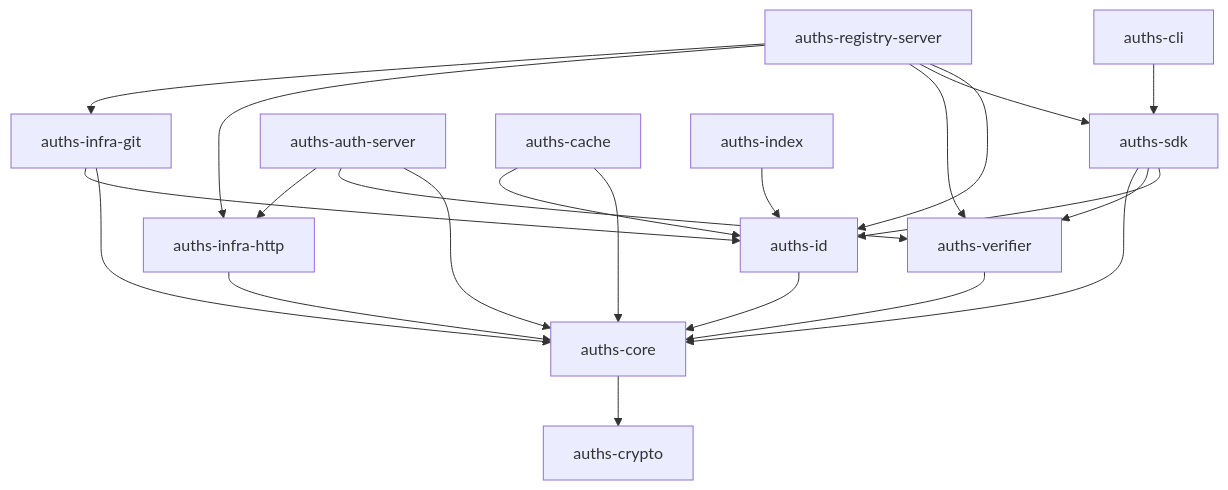
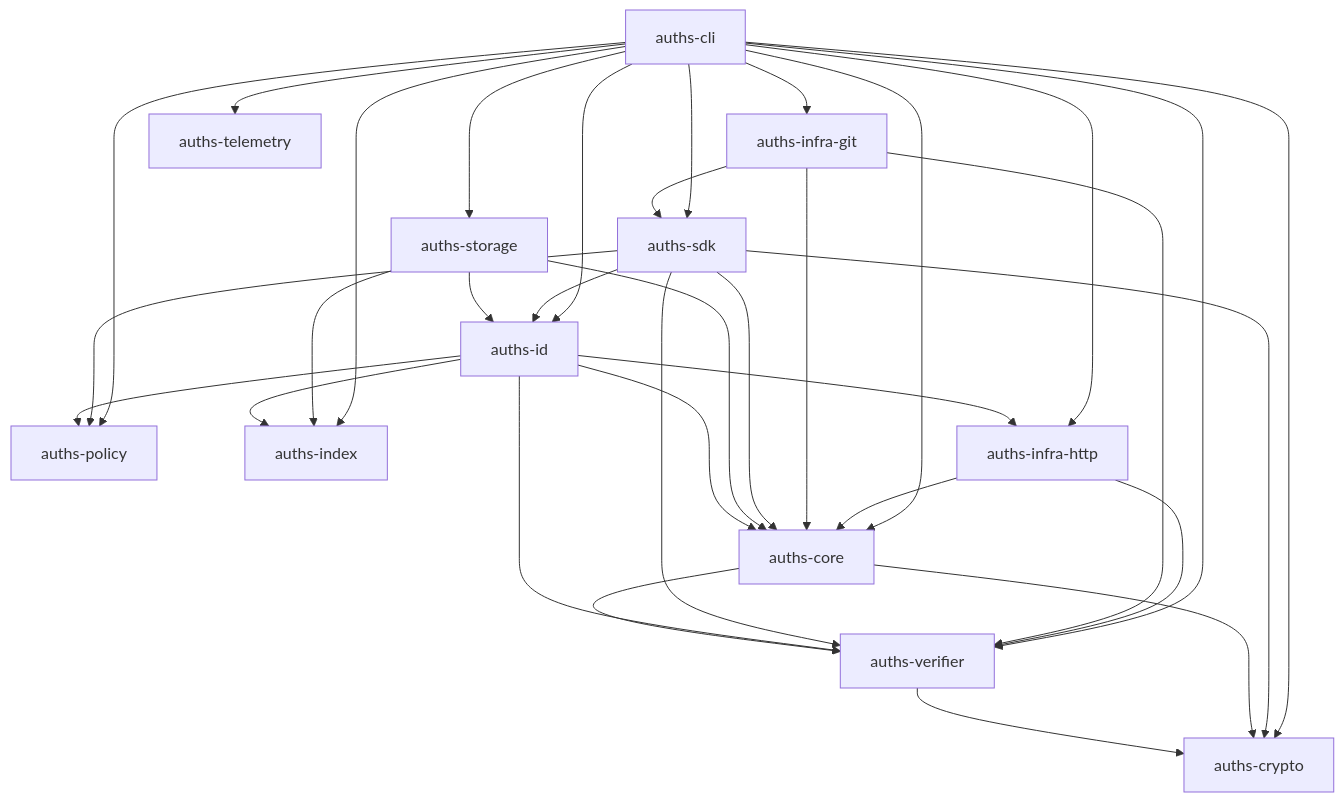
Before and after one commit to auths-dev/auths: the third of 3 diagrams in ARCHITECTURE.md, drawn with Mermaid. The commit also changed other lines of this file, not shown here.

First line of the commit message:
docs: update ARCHITECTURE.md diagrams to match layered crate structure

````diff
--- a/ARCHITECTURE.md
+++ b/ARCHITECTURE.md
@@ -218,24 +210,36 @@
 ```mermaid
 graph TD
+  auths-crypto
+  auths-verifier --> auths-crypto
   auths-core --> auths-crypto
+  auths-core --> auths-verifier
   auths-id --> auths-core
-  auths-verifier --> auths-core
+  auths-id --> auths-verifier
+  auths-id --> auths-policy
+  auths-id --> auths-index
+  auths-id --> auths-infra-http
+  auths-storage --> auths-id
+  auths-storage --> auths-core
+  auths-storage --> auths-index
   auths-sdk --> auths-id
+  auths-sdk --> auths-core
+  auths-sdk --> auths-crypto
   auths-sdk --> auths-verifier
-  auths-sdk --> auths-core
+  auths-sdk --> auths-policy
+  auths-infra-git --> auths-sdk
+  auths-infra-git --> auths-core
+  auths-infra-git --> auths-verifier
+  auths-infra-http --> auths-core
+  auths-infra-http --> auths-verifier
   auths-cli --> auths-sdk
-  auths-registry-server --> auths-id
-  auths-registry-server --> auths-sdk
-  auths-registry-server --> auths-verifier
-  auths-registry-server --> auths-infra-http
-  auths-registry-server --> auths-infra-git
-  auths-auth-server --> auths-core
-  auths-auth-server --> auths-verifier
-  auths-auth-server --> auths-infra-http
-  auths-infra-http --> auths-core
-  auths-infra-git --> auths-core
-  auths-infra-git --> auths-id
-  auths-cache --> auths-core
-  auths-cache --> auths-id
-  auths-index --> auths-id
+  auths-cli --> auths-id
+  auths-cli --> auths-core
+  auths-cli --> auths-crypto
+  auths-cli --> auths-verifier
+  auths-cli --> auths-storage
+  auths-cli --> auths-infra-git
+  auths-cli --> auths-infra-http
+  auths-cli --> auths-policy
+  auths-cli --> auths-index
+  auths-cli --> auths-telemetry
 ```
````
